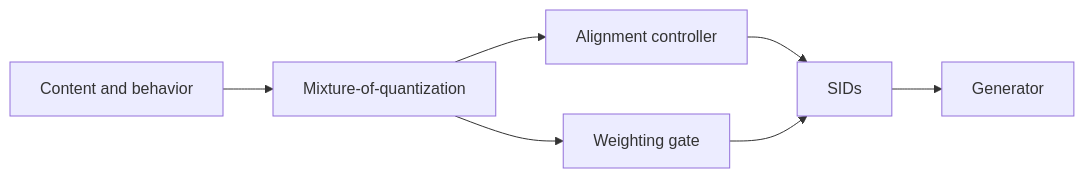
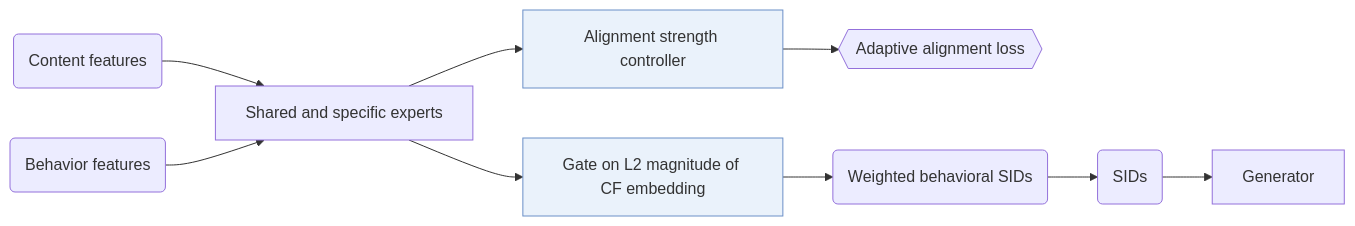
The diagram in notes/adc-sid.md (Galaxy-ghost/Awesome-SID-Generative-Rec), drawn with Mermaid before and after one commit. The commit also changed 521 other files, not shown here.

Commit message:
writer-04 part 3: algorithm diagrams with shared shape conventions, README hero and paper cards, archive removed

````diff
--- a/notes/adc-sid.md
+++ b/notes/adc-sid.md
@@ -13,9 +13,12 @@
 ```mermaid
 flowchart LR
-    A[Content and behavior] --> B[Mixture-of-quantization]
-    B --> C[Alignment controller]
-    B --> D[Weighting gate]
-    C --> E[SIDs]
-    D --> E
-    E --> F[Generator]
+    A("Content features") --> M["Shared and specific experts"]
+    B("Behavior features") --> M
+    M --> C["Alignment strength controller"]:::key
+    M --> D["Gate on L2 magnitude of CF embedding"]:::key
+    C --> L1{{"Adaptive alignment loss"}}
+    D --> W("Weighted behavioral SIDs")
+    W --> E("SIDs")
+    E --> G["Generator"]
+    classDef key fill:#eaf2fb,stroke:#6b8fc7
 ```
````
